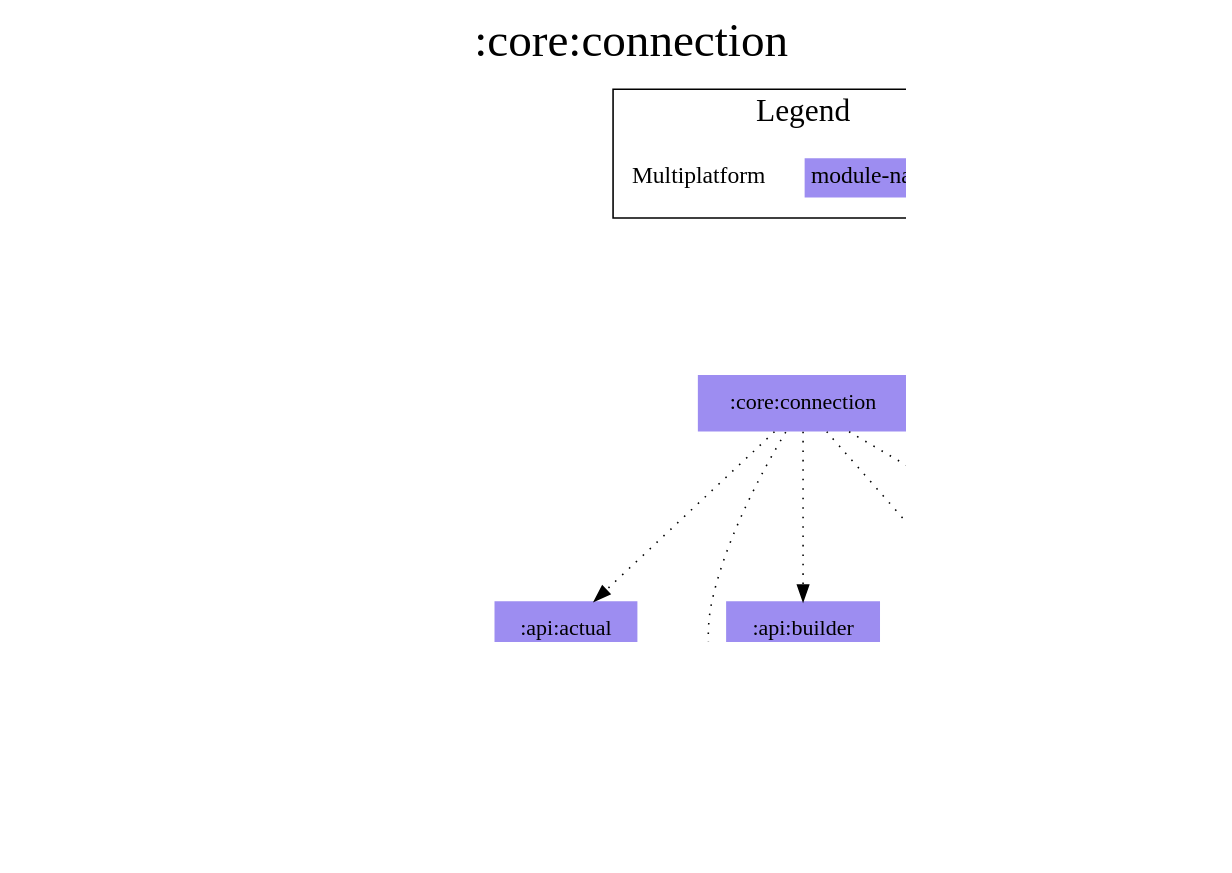
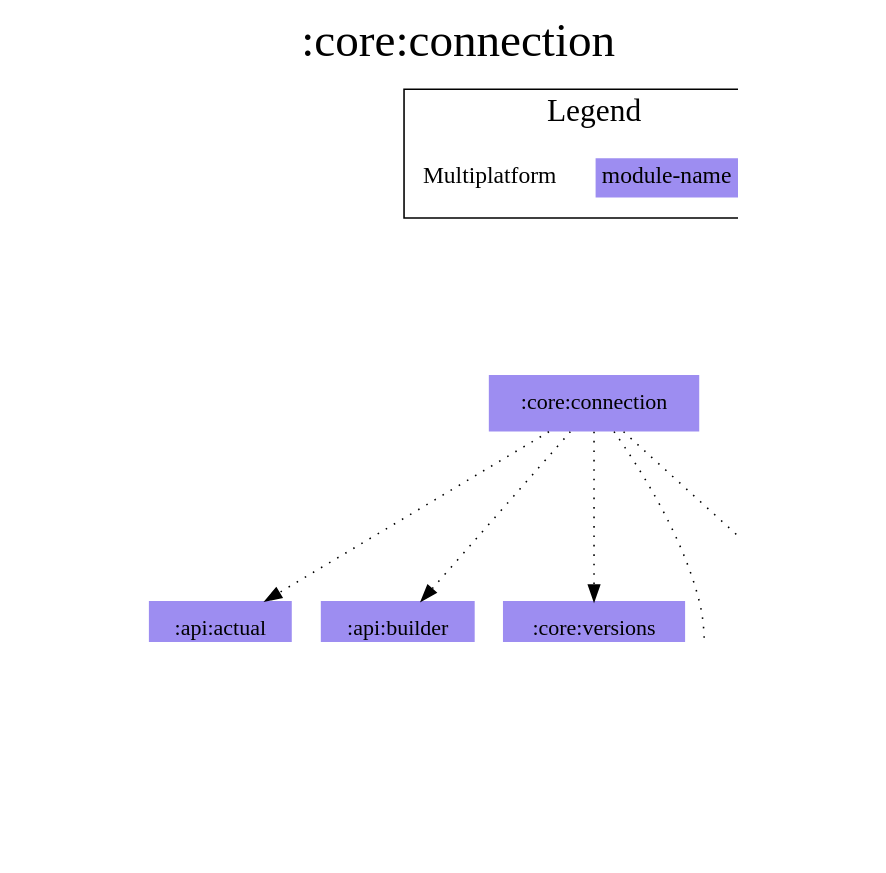
Before and after one commit to jonapoul/aktual: the diagram in modules/core/connection/project-dependency-graph.dot, drawn with Graphviz. The commit also changed 133 other files, not shown here.

```diff
--- a/modules/core/connection/project-dependency-graph.dot
+++ b/modules/core/connection/project-dependency-graph.dot
@@ -1,38 +1,36 @@
 digraph {
 edge ["dir"="forward"]
 graph ["dpi"="100","label"=":core:connection","labelloc"="t","fontsize"="30","ranksep"="1.5","rankdir"="TB"]
 node ["style"="filled"]
+":account:model" ["fillcolor"="#9D8DF1","shape"="none"]
+":api:actual" ["fillcolor"="#9D8DF1","shape"="none"]
+":api:builder" ["fillcolor"="#9D8DF1","shape"="none"]
+":budget:model" ["fillcolor"="#9D8DF1","shape"="none"]
 ":core:connection" ["fillcolor"="#9D8DF1","shape"="none"]
-":api:actual" ["fillcolor"="#9D8DF1","shape"="none"]
-":account:model" ["fillcolor"="#9D8DF1","shape"="none"]
-":budget:model" ["fillcolor"="#9D8DF1","shape"="none"]
+":core:versions" ["fillcolor"="#9D8DF1","shape"="none"]
 ":url:model" ["fillcolor"="#9D8DF1","shape"="none"]
-":codegen:annotation" ["fillcolor"="#9D8DF1","shape"="none"]
-":api:builder" ["fillcolor"="#9D8DF1","shape"="none"]
-":core:versions" ["fillcolor"="#9D8DF1","shape"="none"]
 ":url:prefs" ["fillcolor"="#9D8DF1","shape"="none"]
 {
 edge ["dir"="none"]
 graph ["rank"="same"]
 }
 ":api:actual" -> ":account:model"
 ":api:actual" -> ":budget:model"
-":api:actual" -> ":codegen:annotation" ["style"="dotted"]
 ":api:actual" -> ":url:model"
 ":api:builder" -> ":url:model"
 ":core:connection" -> ":api:actual" ["style"="dotted"]
 ":core:connection" -> ":api:builder" ["style"="dotted"]
 ":core:connection" -> ":core:versions" ["style"="dotted"]
 ":core:connection" -> ":url:model" ["style"="dotted"]
 ":core:connection" -> ":url:prefs" ["style"="dotted"]
 ":url:prefs" -> ":url:model"
 subgraph "cluster_legend" {
 edge ["dir"="none"]
 graph ["label"="Legend","fontsize"="20"]
 "Legend" ["style"="filled","fillcolor"="#FFFFFF","shape"="none","margin"="0","fontsize"="15","label"=<
 <TABLE BORDER="0" CELLBORDER="0" CELLSPACING="0" CELLPADDING="4">
 <TR><TD>Multiplatform</TD><TD BGCOLOR="#9D8DF1">module-name</TD></TR>
 </TABLE>
 >]
 } -> ":core:connection" ["style"="invis"]
 }
```
